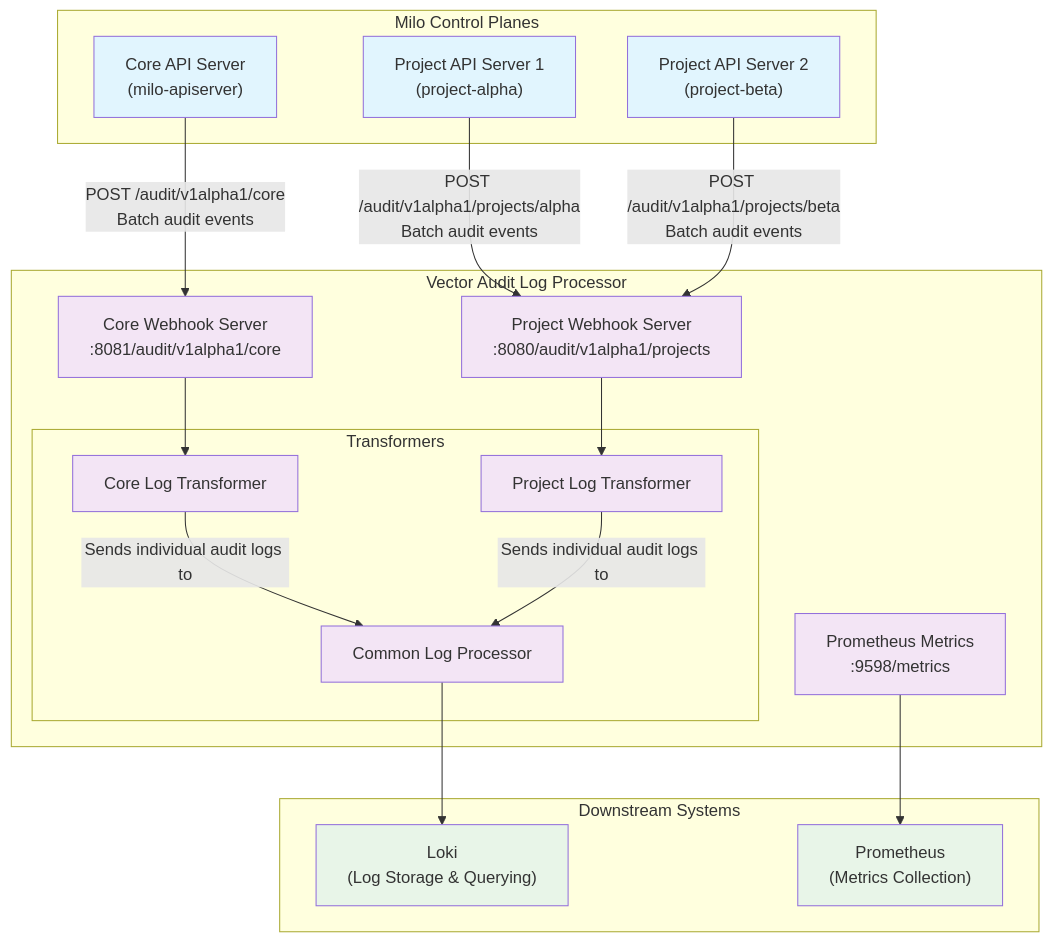
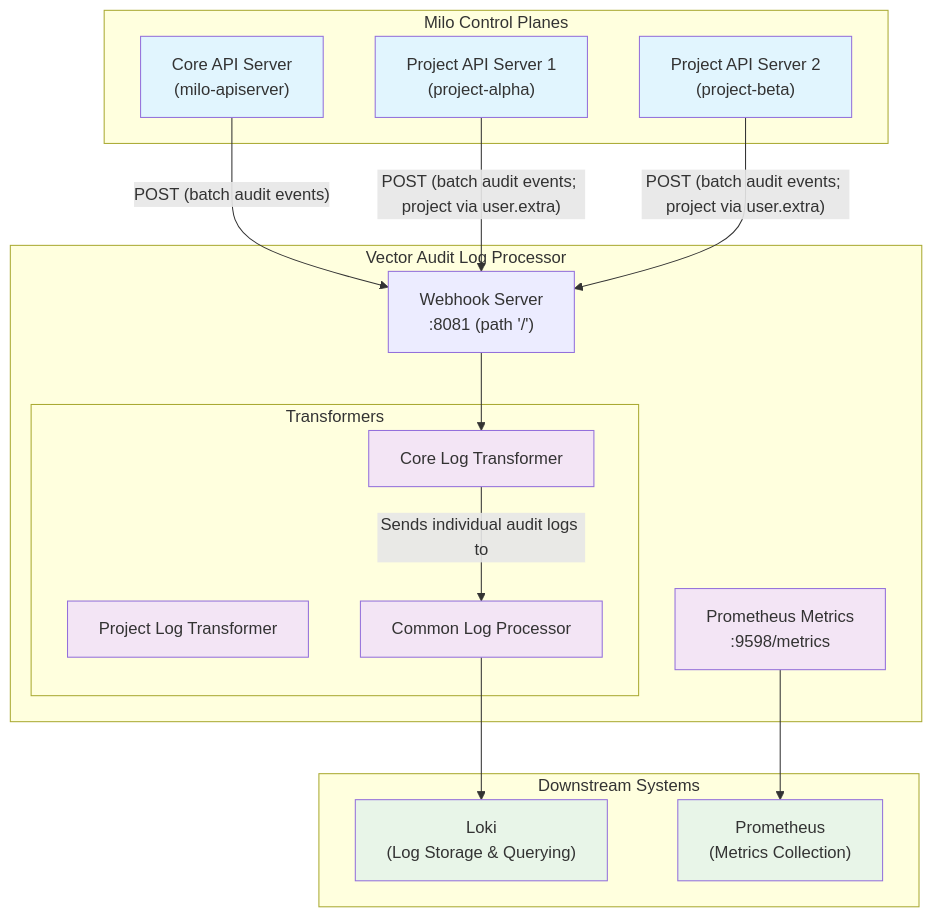
Before and after one commit to datum-cloud/milo: the diagram in config/telemetry/vector-audit-log-processor/README.md, drawn with Mermaid. The commit also changed other lines of this file and 4 other files, not shown here.

Commit message:
fix: audit logs for projects

````diff
--- a/config/telemetry/vector-audit-log-processor/README.md
+++ b/config/telemetry/vector-audit-log-processor/README.md
@@ -15,52 +15,49 @@
 ```mermaid
 
 graph TB
     subgraph "Milo Control Planes"
         CoreAPI["Core API Server<br/>(milo-apiserver)"]
         ProjAPI1["Project API Server 1<br/>(project-alpha)"]
         ProjAPI2["Project API Server 2<br/>(project-beta)"]
     end
 
     subgraph "Vector Audit Log Processor"
-        CoreWebhook["Core Webhook Server<br/>:8081/audit/v1alpha1/core"]
-        ProjWebhook["Project Webhook Server<br/>:8080/audit/v1alpha1/projects"]
+        Webhook["Webhook Server<br/>:8081 (path '/')"]
 
         subgraph "Transformers"
             CoreTransform["Core Log Transformer"]
             ProjTransform["Project Log Transformer"]
             CommonProcessor["Common Log Processor"]
         end
 
         Metrics["Prometheus Metrics<br/>:9598/metrics"]
     end
 
     subgraph "Downstream Systems"
         Loki["Loki<br/>(Log Storage & Querying)"]
         Prometheus["Prometheus<br/>(Metrics Collection)"]
     end
 
     %% API Server to Vector connections
-    CoreAPI -->|"POST /audit/v1alpha1/core<br/>Batch audit events"| CoreWebhook
-    ProjAPI1 -->|"POST /audit/v1alpha1/projects/alpha<br/>Batch audit events"| ProjWebhook
-    ProjAPI2 -->|"POST /audit/v1alpha1/projects/beta<br/>Batch audit events"| ProjWebhook
+    CoreAPI -->|"POST (batch audit events)"| Webhook
+    ProjAPI1 -->|"POST (batch audit events; project via user.extra)"| Webhook
+    ProjAPI2 -->|"POST (batch audit events; project via user.extra)"| Webhook
 
     %% Vector processing flow
-    CoreWebhook --> CoreTransform
-    ProjWebhook --> ProjTransform
+    Webhook --> CoreTransform
     CoreTransform --> |Sends individual audit logs to| CommonProcessor
-    ProjTransform --> |Sends individual audit logs to| CommonProcessor
 
     %% Output to downstream systems
     CommonProcessor --> Loki
 
     Metrics --> Prometheus
 
     %% Styling
     classDef apiServer fill:#e1f5fe
     classDef vector fill:#f3e5f5
     classDef downstream fill:#e8f5e8
 
     class CoreAPI,ProjAPI1,ProjAPI2 apiServer
     class CoreWebhook,ProjWebhook,CoreTransform,ProjTransform,CommonProcessor,Metrics vector
     class Loki,Prometheus downstream
 ```
````
